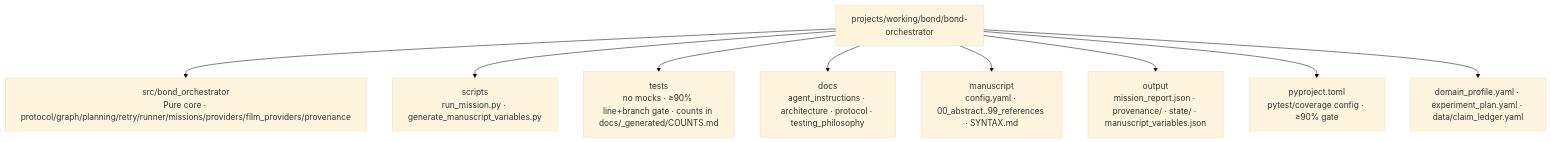
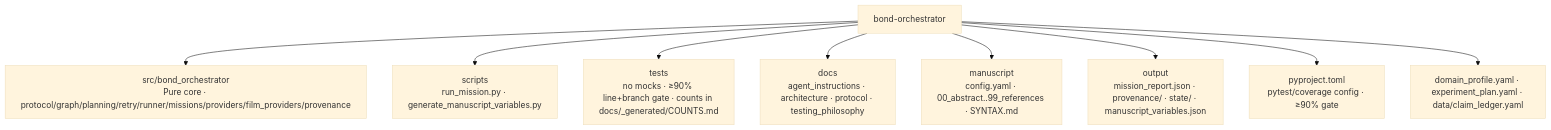
One commit to docxology/bond-orchestrator changed the diagram in AGENTS.md. Above: the diagram before and after it, drawn with Mermaid (base theme). The commit also changed other lines of this file and 11 other files, not shown here.

````diff
--- a/AGENTS.md
+++ b/AGENTS.md
@@ -63,12 +64,12 @@
 ```mermaid
 flowchart TB
-    P[projects/working/bond/bond-orchestrator]
+    P[bond-orchestrator]
     P --> SRC[src/bond_orchestrator<br/>Pure core · protocol/graph/planning/retry/runner/missions/providers/film_providers/provenance]
     P --> SC[scripts<br/>run_mission.py · generate_manuscript_variables.py]
     P --> T[tests<br/>no mocks · ≥90% line+branch gate · counts in docs/_generated/COUNTS.md]
     P --> DOCS[docs<br/>agent_instructions · architecture · protocol · testing_philosophy]
     P --> M[manuscript<br/>config.yaml · 00_abstract..99_references · SYNTAX.md]
     P --> OUT[output<br/>mission_report.json · provenance/ · state/ · manuscript_variables.json]
     P --> PY[pyproject.toml<br/>pytest/coverage config · ≥90% gate]
     P --> DP[domain_profile.yaml · experiment_plan.yaml · data/claim_ledger.yaml]
 ```
````
